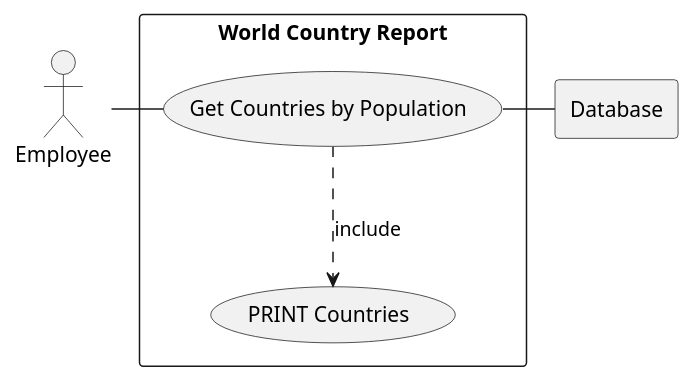
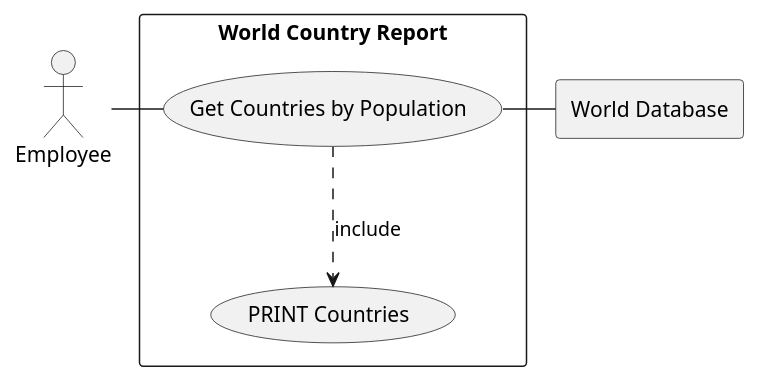
One commit to Calixte-Williams/set08803_gw changed the diagram in use-cases/World Countries by Population - Report.puml. Above: the diagram before and after it, drawn with PlantUML.

Commit message:
Update use-case diagram to better represent the current World Countries report by population

```diff
--- a/use-cases/World Countries by Population - Report.puml
+++ b/use-cases/World Countries by Population - Report.puml
@@ -1,16 +1,16 @@
 @startuml
 
-actor WHO as "Employee"
+actor User as "Employee"
 
-rectangle Database
+rectangle DB as "World Database"
 
 rectangle "World Country Report" {
-    usecase UC4 as "Get Countries by Population"
+    usecase UC1 as "Get Countries by Population"
 
     usecase UCa as "PRINT Countries"
 
-    WHO - UC4
-    UC4 ..> UCa : include
-    UC4 - Database
+    User - UC1
+    UC1 ..> UCa : include
+    UC1 - DB
 }
 @enduml
```
